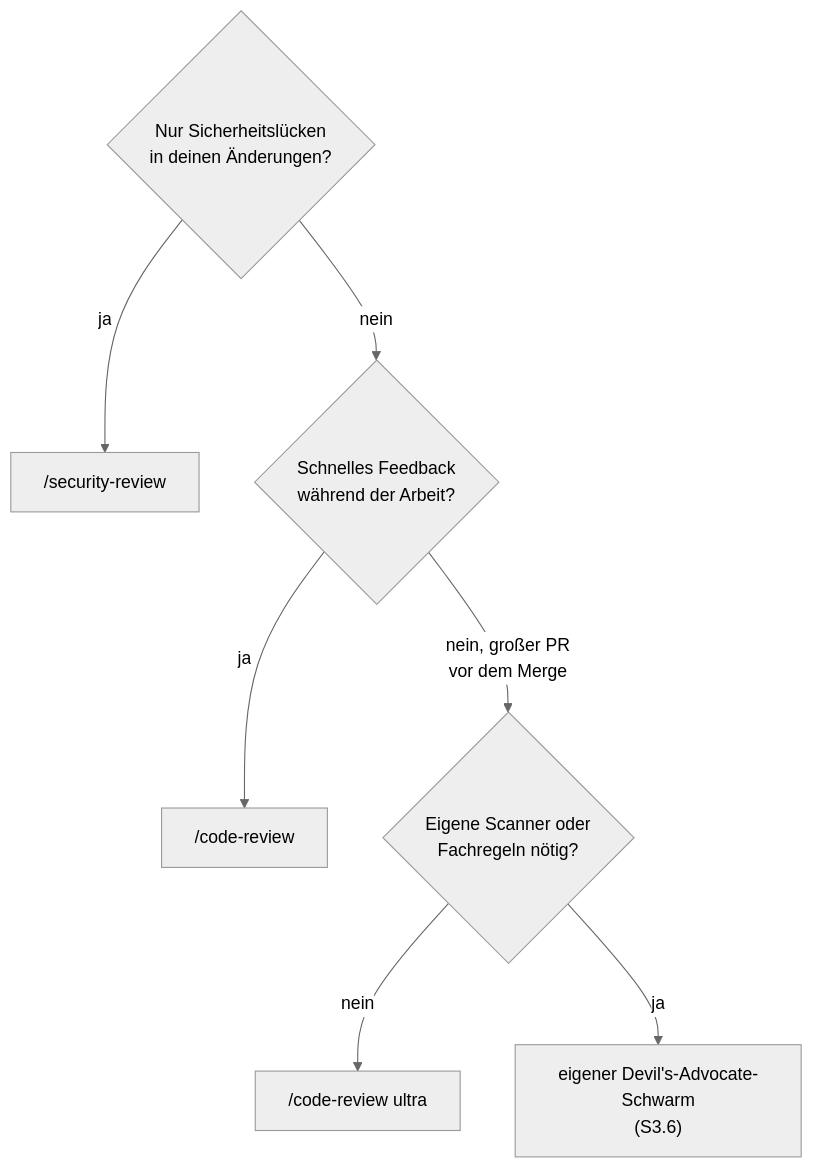
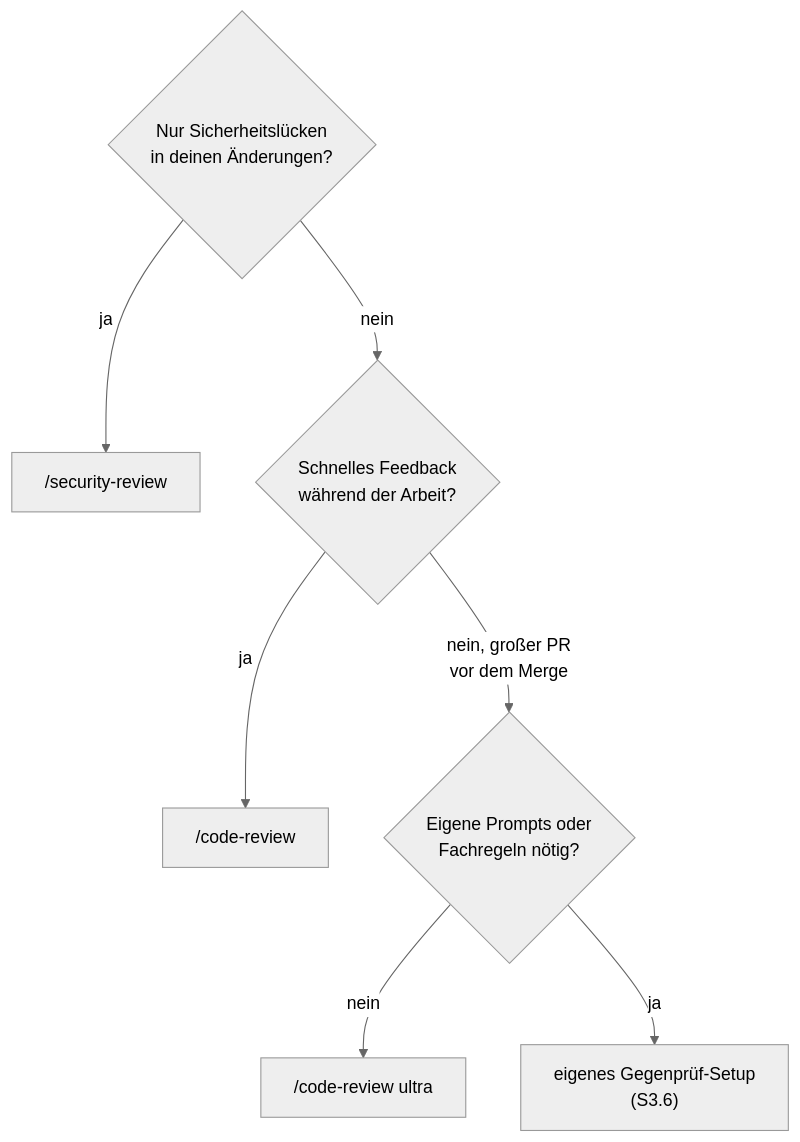
The diagram in resources/library/s3-07-eingebaute-reviews.md (dynamic-dome/dynamic-workshop), drawn with Mermaid (neutral theme) before and after one commit. The commit also changed other lines of this file, not shown here.

````diff
--- a/resources/library/s3-07-eingebaute-reviews.md
+++ b/resources/library/s3-07-eingebaute-reviews.md
@@ -45,9 +45,9 @@
 ```mermaid
 flowchart TD
   Q1{"Nur Sicherheitslücken<br/>in deinen Änderungen?"} -- "ja" --> SR["/security-review"]
   Q1 -- "nein" --> Q2{"Schnelles Feedback<br/>während der Arbeit?"}
   Q2 -- "ja" --> CR["/code-review"]
-  Q2 -- "nein, großer PR<br/>vor dem Merge" --> Q3{"Eigene Scanner oder<br/>Fachregeln nötig?"}
+  Q2 -- "nein, großer PR<br/>vor dem Merge" --> Q3{"Eigene Prompts oder<br/>Fachregeln nötig?"}
   Q3 -- "nein" --> UR["/code-review ultra"]
-  Q3 -- "ja" --> DA["eigener Devil's-Advocate-Schwarm<br/>(S3.6)"]
+  Q3 -- "ja" --> DA["eigenes Gegenprüf-Setup<br/>(S3.6)"]
 ```
````
